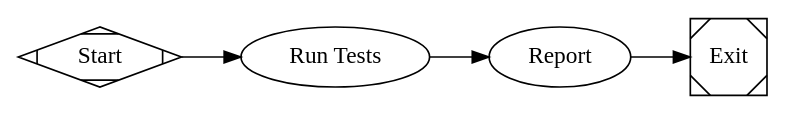
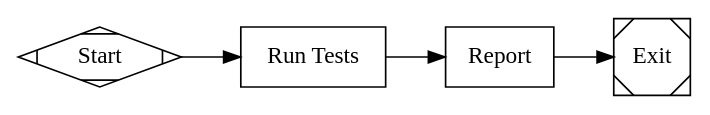
Before and after one commit to danshapiro/kilroy: the diagram in docs/strongdm/dot specs/simple_example.dot, drawn with Graphviz. The commit also changed 1 other file, not shown here.

```diff
--- a/docs/strongdm/dot specs/simple_example.dot
+++ b/docs/strongdm/dot specs/simple_example.dot
@@ -1,12 +1,17 @@
 digraph Simple {
-    graph [goal="Run tests and report"]
-    rankdir=LR
+    graph [
+        goal="Run tests and report",
+        rankdir=LR,
+        model_stylesheet="
+            * { llm_model: gpt-5.2; llm_provider: openai; }
+        "
+    ]
 
     start [shape=Mdiamond, label="Start"]
     exit  [shape=Msquare, label="Exit"]
 
-    run_tests [label="Run Tests", prompt="Run the test suite and report results"]
-    report    [label="Report", prompt="Summarize the test results"]
+    run_tests [shape=box, label="Run Tests", prompt="Run the test suite and report results"]
+    report    [shape=box, label="Report", prompt="Summarize the test results"]
 
     start -> run_tests -> report -> exit
 }
```
